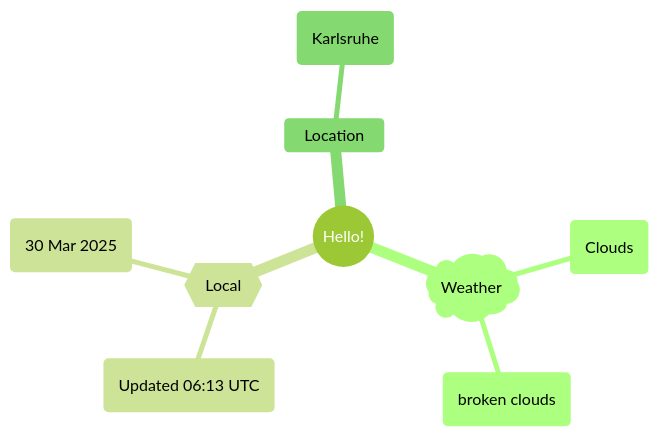
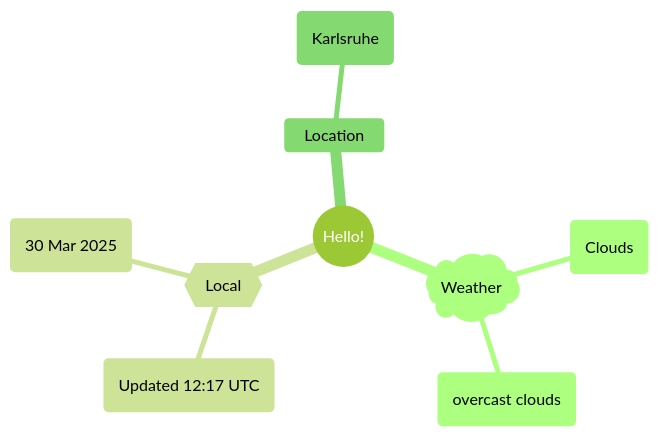
Before and after one commit to Xosrov/Xosrov: the first of 2 diagrams in README.md, drawn with Mermaid (forest theme).

Commit message:
[bot] updated images

````diff
--- a/README.md
+++ b/README.md
@@ -3,12 +3,12 @@
 ```mermaid
 mindmap
   root((Hello!))
     )Weather(
         (Clouds)
-        (broken clouds)
+        (overcast clouds)
     {{Local}}
-        (Updated 06:13 UTC)
+        (Updated 12:17 UTC)
         (30 Mar 2025)
     Location
         (Karlsruhe)
 ```
````
